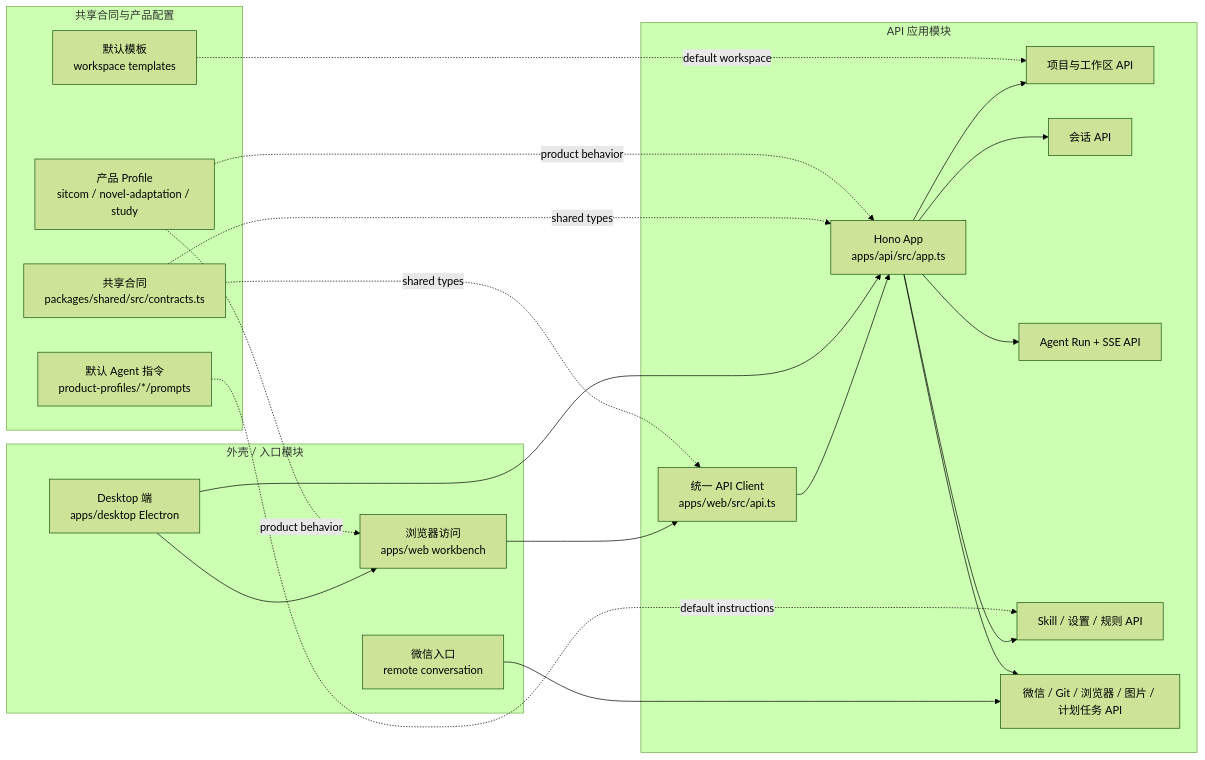
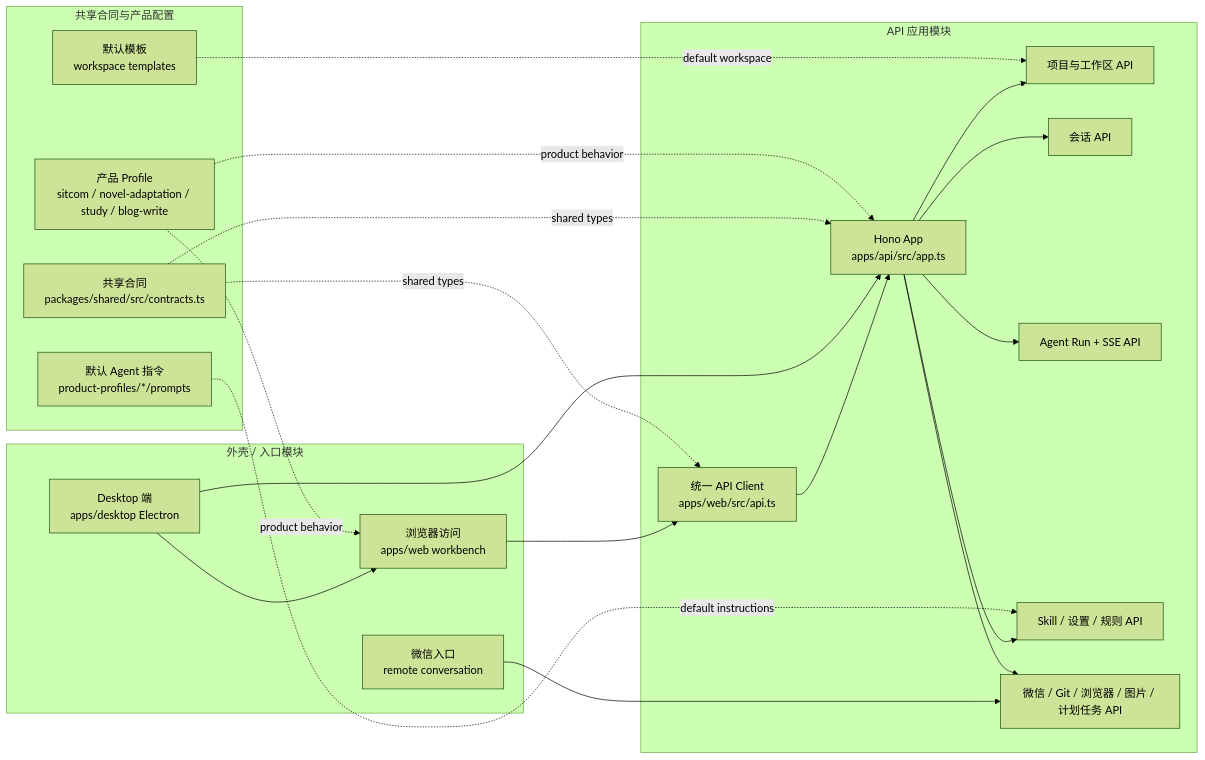
One commit to tech4idea/viforge changed the first of 3 diagrams in docs/current/21-project-architecture-wireframe.md. Above: the diagram before and after it, drawn with Mermaid (forest theme). The commit also changed other lines of this file and 59 other files, not shown here.

````diff
--- a/docs/current/21-project-architecture-wireframe.md
+++ b/docs/current/21-project-architecture-wireframe.md
@@ -40,43 +40,43 @@
 ```mermaid
 flowchart LR
   subgraph Shared["共享合同与产品配置"]
     Contracts["共享合同<br/>packages/shared/src/contracts.ts"]
-    ProductProfiles["产品 Profile<br/>sitcom / novel-adaptation / study"]
+    ProductProfiles["产品 Profile<br/>sitcom / novel-adaptation / study / blog-write"]
     Templates["默认模板<br/>workspace templates"]
     Prompts["默认 Agent 指令<br/>product-profiles/*/prompts"]
   end
 
   subgraph Shell["外壳 / 入口模块"]
     Web["浏览器访问<br/>apps/web workbench"]
     Desktop["Desktop 端<br/>apps/desktop Electron"]
     WeChatEntry["微信入口<br/>remote conversation"]
   end
 
   subgraph Api["API 应用模块"]
     ApiClient["统一 API Client<br/>apps/web/src/api.ts"]
     HonoApp["Hono App<br/>apps/api/src/app.ts"]
     ProjectApi["项目与工作区 API"]
     ChatApi["会话 API"]
     RunApi["Agent Run + SSE API"]
     ConfigApi["Skill / 设置 / 规则 API"]
     IntegrationApi["微信 / Git / 浏览器 / 图片 / 计划任务 API"]
   end
 
   Web --> ApiClient --> HonoApp
   Desktop --> Web
   Desktop --> HonoApp
   WeChatEntry --> IntegrationApi
 
   HonoApp --> ProjectApi
   HonoApp --> ChatApi
   HonoApp --> RunApi
   HonoApp --> ConfigApi
   HonoApp --> IntegrationApi
 
   Contracts -. shared types .-> ApiClient
   Contracts -. shared types .-> HonoApp
   ProductProfiles -. product behavior .-> Web
   ProductProfiles -. product behavior .-> HonoApp
   Templates -. default workspace .-> ProjectApi
   Prompts -. default instructions .-> ConfigApi
 ```
````
